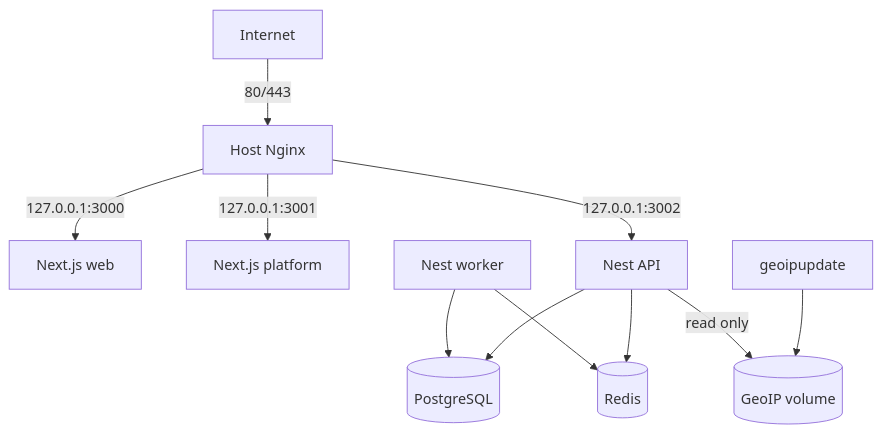
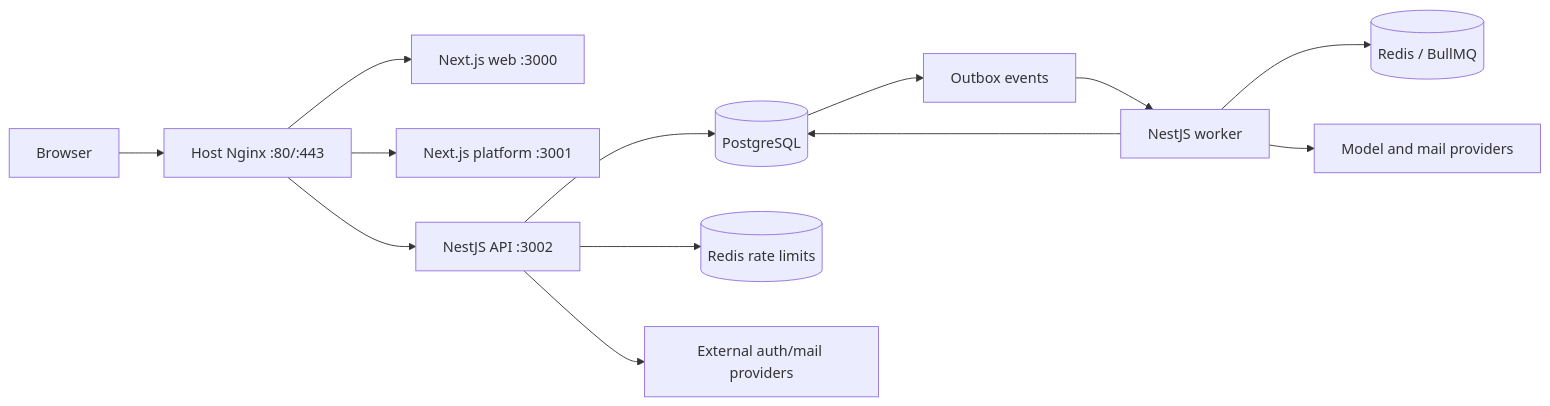
The diagram in docs/architecture.md (adnanalmahmut/ai-agent), drawn with Mermaid before and after one commit. The commit also changed other lines of this file and 503 other files, not shown here.

````diff
--- a/docs/architecture.md
+++ b/docs/architecture.md
@@ -7,13 +6,15 @@
 ```mermaid
-flowchart TB
-  I[Internet] -->|80/443| N[Host Nginx]
-  N -->|127.0.0.1:3000| W[Next.js web]
-  N -->|127.0.0.1:3001| P[Next.js platform]
-  N -->|127.0.0.1:3002| A[Nest API]
-  A --> D[(PostgreSQL)]
-  A --> R[(Redis)]
-  X[Nest worker] --> D
-  X --> R
-  G[geoipupdate] --> M[(GeoIP volume)]
-  A -->|read only| M
+flowchart LR
+  B[Browser] --> N[Host Nginx :80/:443]
+  N --> W[Next.js web :3000]
+  N --> P[Next.js platform :3001]
+  N --> A[NestJS API :3002]
+  A --> PG[(PostgreSQL)]
+  A --> R[(Redis rate limits)]
+  A --> E[External auth/mail providers]
+  PG --> O[Outbox events]
+  O --> K[NestJS worker]
+  K --> Q[(Redis / BullMQ)]
+  K --> PG
+  K --> M[Model and mail providers]
 ```
````
